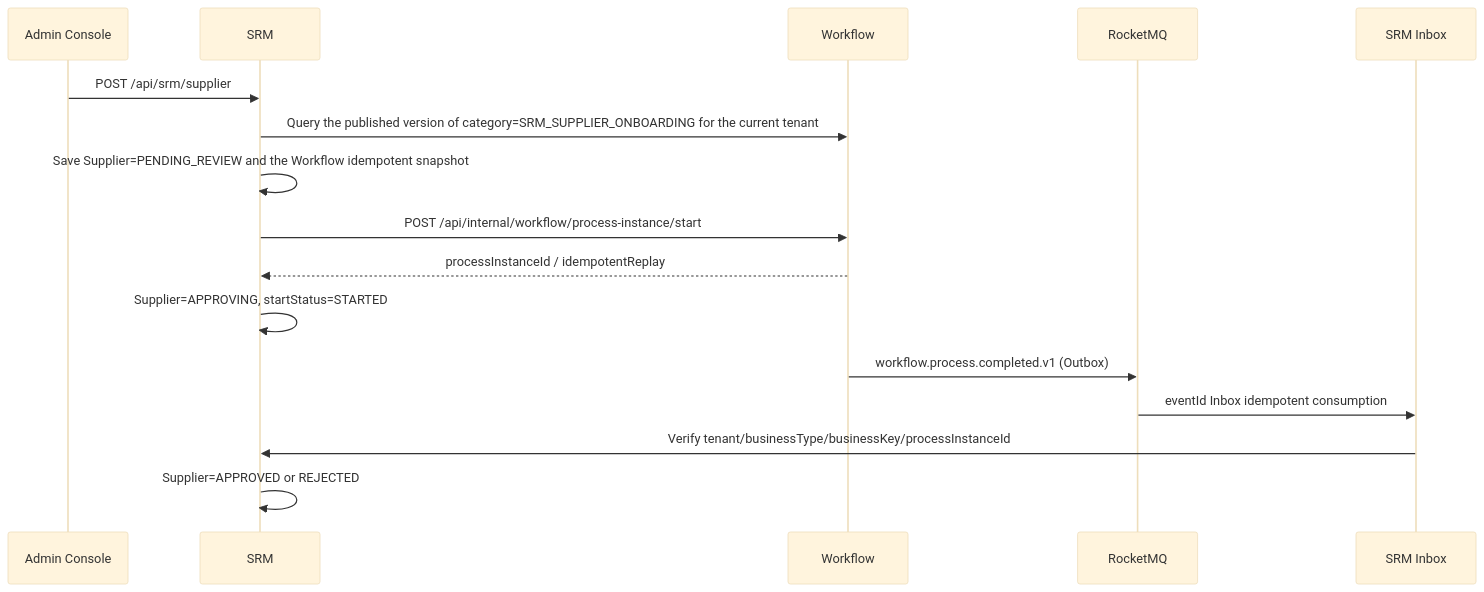
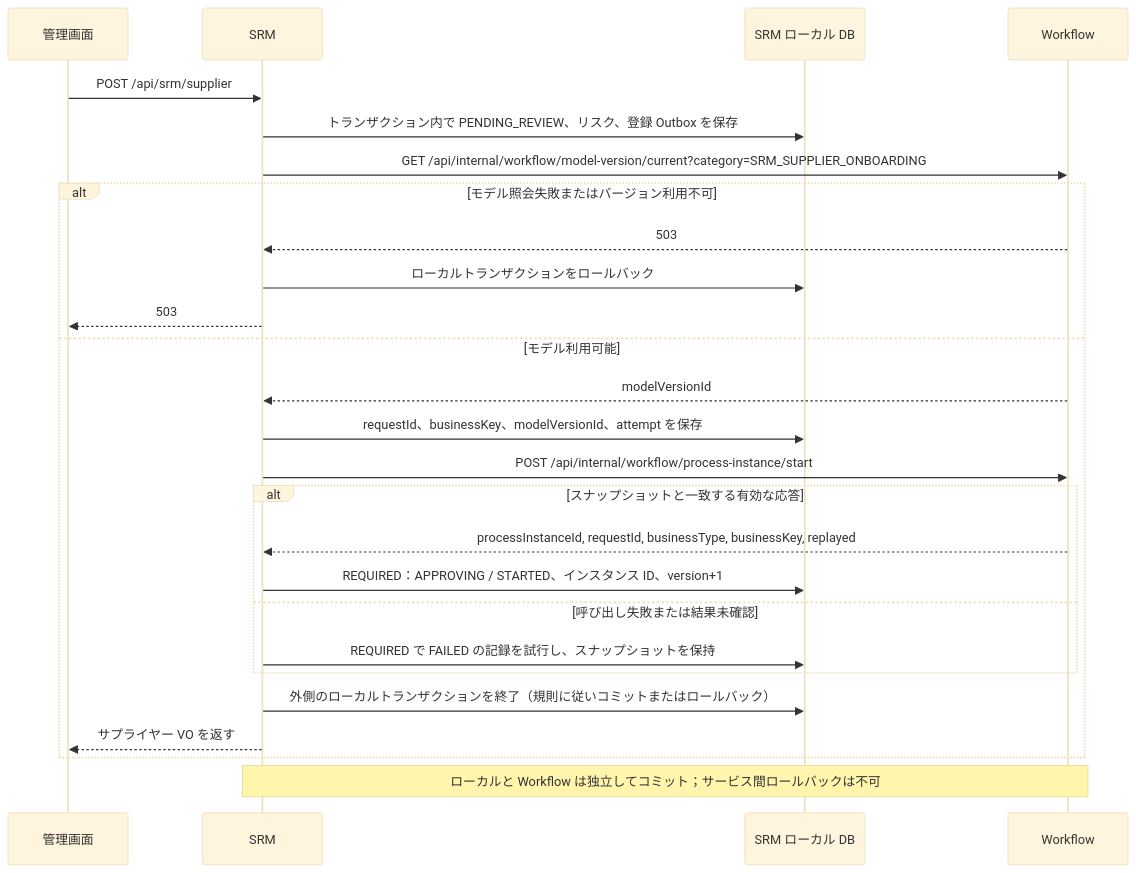
Diagram 16 of 21 in docs/core-flows.jp.md (wang-baohai/Omni-Stack), drawn with Mermaid (base theme) before and after one commit. The commit also changed other lines of this file and 1095 other files, not shown here.

````diff
--- a/docs/core-flows.jp.md
+++ b/docs/core-flows.jp.md
@@ -1719,19 +1344,28 @@
 ```mermaid
 sequenceDiagram
-    participant U as Admin Console
+    participant U as 管理画面
     participant S as SRM
+    participant D as SRM ローカル DB
     participant W as Workflow
-    participant M as RocketMQ
-    participant D as SRM Inbox
-
     U->>S: POST /api/srm/supplier
-    S->>W: Query the published version of category=SRM_SUPPLIER_ONBOARDING for the current tenant
-    S->>S: Save Supplier=PENDING_REVIEW and the Workflow idempotent snapshot
-    S->>W: POST /api/internal/workflow/process-instance/start
-    W-->>S: processInstanceId / idempotentReplay
-    S->>S: Supplier=APPROVING, startStatus=STARTED
-    W->>M: workflow.process.completed.v1 (Outbox)
-    M->>D: eventId Inbox idempotent consumption
-    D->>S: Verify tenant/businessType/businessKey/processInstanceId
-    S->>S: Supplier=APPROVED or REJECTED
+    S->>D: トランザクション内で PENDING_REVIEW、リスク、登録 Outbox を保存
+    S->>W: GET /api/internal/workflow/model-version/current?category=SRM_SUPPLIER_ONBOARDING
+    alt モデル照会失敗またはバージョン利用不可
+        W-->>S: 503
+        S->>D: ローカルトランザクションをロールバック
+        S-->>U: 503
+    else モデル利用可能
+        W-->>S: modelVersionId
+        S->>D: requestId、businessKey、modelVersionId、attempt を保存
+        S->>W: POST /api/internal/workflow/process-instance/start
+        alt スナップショットと一致する有効な応答
+            W-->>S: processInstanceId, requestId, businessType, businessKey, replayed
+            S->>D: REQUIRED：APPROVING / STARTED、インスタンス ID、version+1
+        else 呼び出し失敗または結果未確認
+            S->>D: REQUIRED で FAILED の記録を試行し、スナップショットを保持
+        end
+        S->>D: 外側のローカルトランザクションを終了（規則に従いコミットまたはロールバック）
+        S-->>U: サプライヤー VO を返す
+    end
+    Note over S,W: ローカルと Workflow は独立してコミット；サービス間ロールバックは不可
 ```
````
